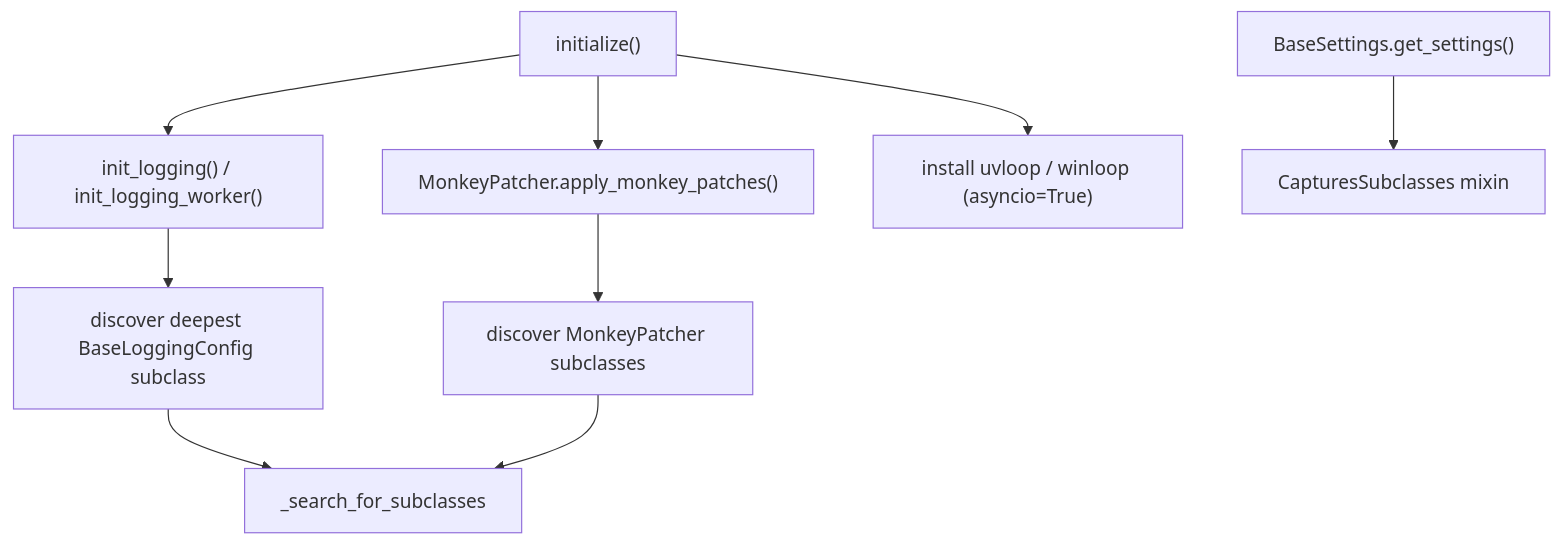
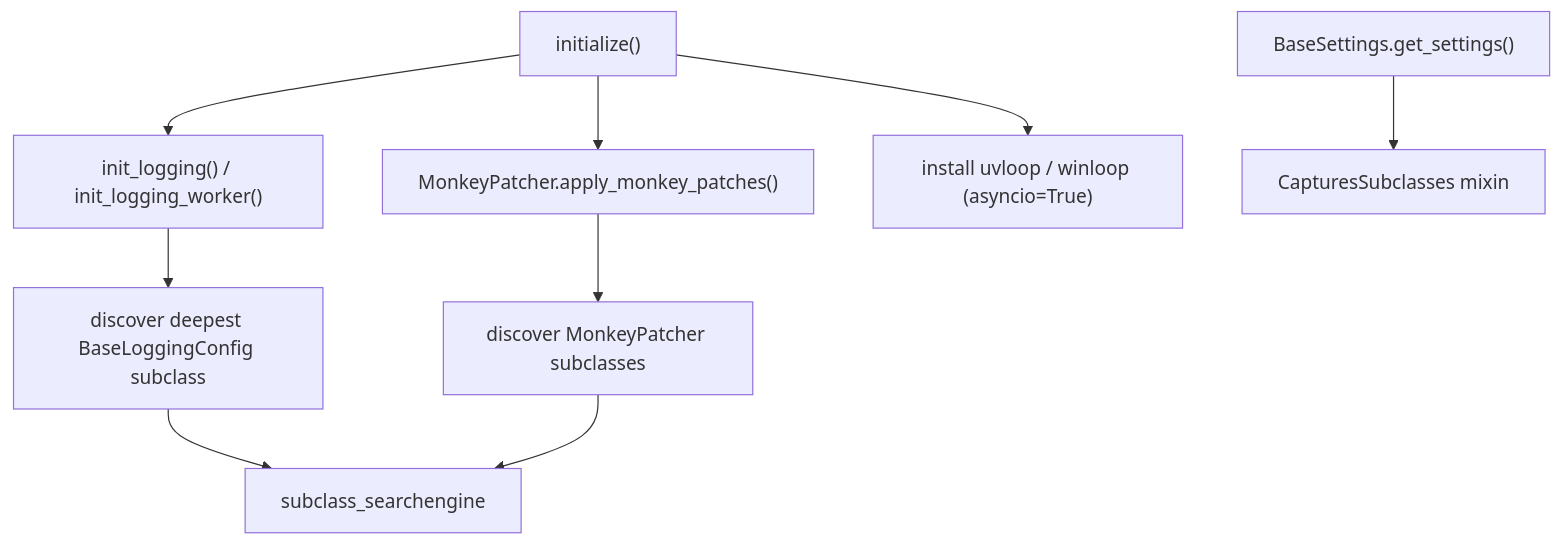
Before and after one commit to AetherBreaker/aeth_ext: the diagram in README.md, drawn with Mermaid. The commit also changed other lines of this file, not shown here.

````diff
--- a/README.md
+++ b/README.md
@@ -119,11 +122,11 @@
 ```mermaid
 flowchart TD
     A["initialize()"] --> B["init_logging() / init_logging_worker()"]
     A --> C["MonkeyPatcher.apply_monkey_patches()"]
     A --> D["install uvloop / winloop (asyncio=True)"]
     B --> E["discover deepest BaseLoggingConfig subclass"]
     C --> F["discover MonkeyPatcher subclasses"]
-    E --> G["_search_for_subclasses"]
+    E --> G["subclass_searchengine"]
     F --> G
     H["BaseSettings.get_settings()"] --> I["CapturesSubclasses mixin"]
 ```
````
